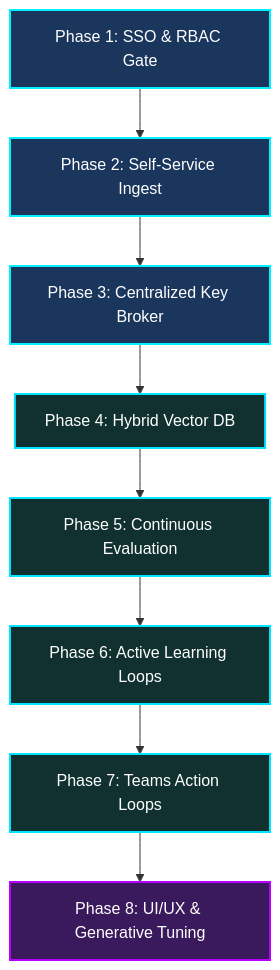
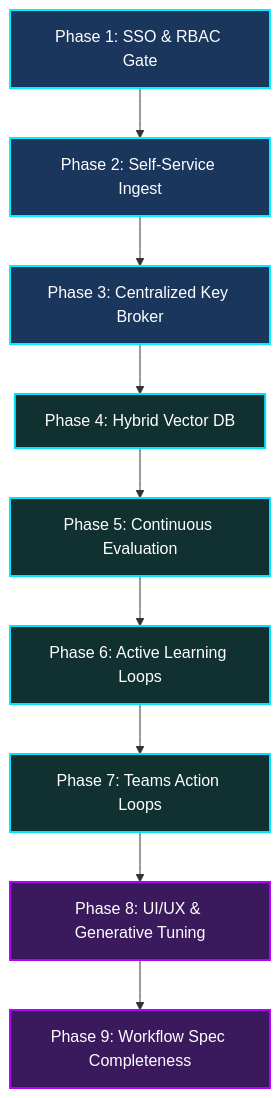
Before and after one commit to ksvarre/AetherGrid-Technologies: the diagram in docs/ROADMAP.md, drawn with Mermaid. The commit also changed other lines of this file and 2 other files, not shown here.

First line of the commit message:
feat(roadmap): refine future feature phases and add Phase 9

````diff
--- a/docs/ROADMAP.md
+++ b/docs/ROADMAP.md
@@ -11,19 +11,21 @@
 ```mermaid
 graph TD
     A[Phase 1: SSO & RBAC Gate] --> B[Phase 2: Self-Service Ingest]
     B --> C[Phase 3: Centralized Key Broker]
     C --> D[Phase 4: Hybrid Vector DB]
     D --> E[Phase 5: Continuous Evaluation]
     E --> F[Phase 6: Active Learning Loops]
     F --> G[Phase 7: Teams Action Loops]
     G --> H[Phase 8: UI/UX & Generative Tuning]
+    H --> I[Phase 9: Workflow Spec Completeness]
 
     style A fill:#1a365d,stroke:#00f0ff,stroke-width:2px,color:#fff
     style B fill:#1a365d,stroke:#00f0ff,stroke-width:2px,color:#fff
     style C fill:#1a365d,stroke:#00f0ff,stroke-width:2px,color:#fff
     style D fill:#113030,stroke:#00e5ff,stroke-width:2px,color:#fff
     style E fill:#113030,stroke:#00e5ff,stroke-width:2px,color:#fff
     style F fill:#113030,stroke:#00e5ff,stroke-width:2px,color:#fff
     style G fill:#113030,stroke:#00e5ff,stroke-width:2px,color:#fff
     style H fill:#3a1a5d,stroke:#b800ff,stroke-width:2px,color:#fff
+    style I fill:#3a1a5d,stroke:#b800ff,stroke-width:2px,color:#fff
 ```
````
